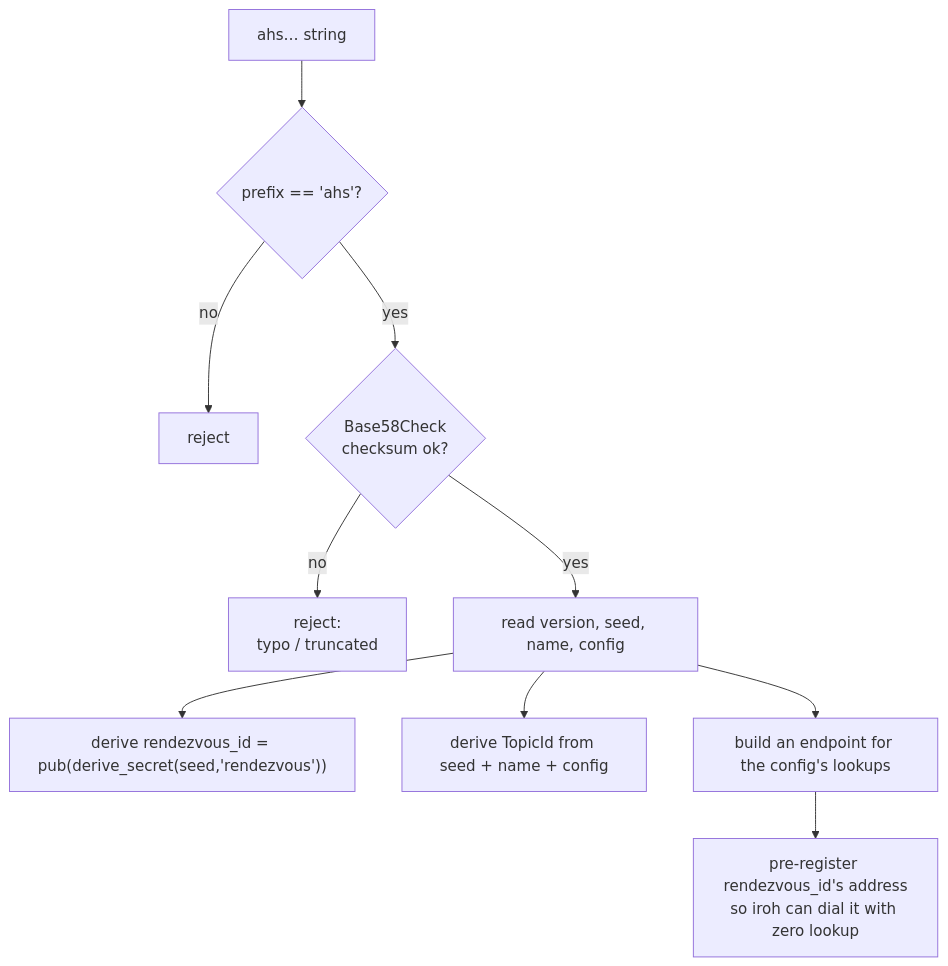
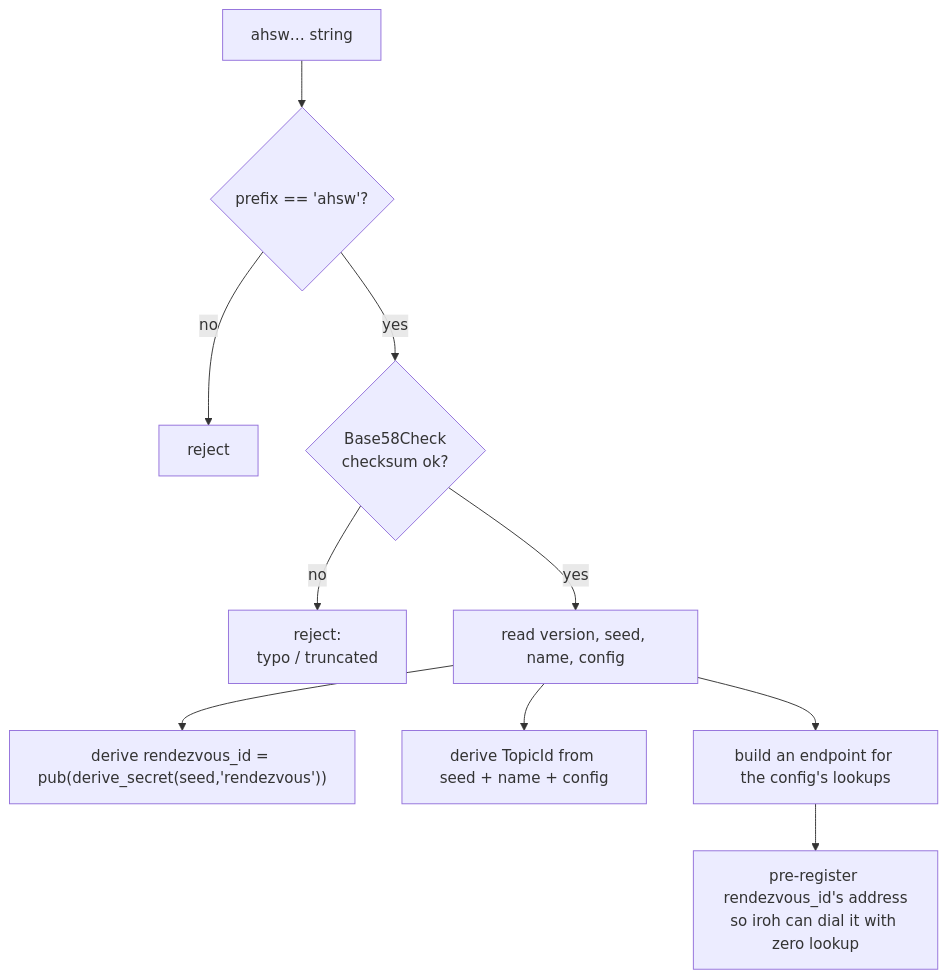
Before and after one commit to agent-habilis/agent-gossip: the second of 6 diagrams in docs/discovery.md, drawn with Mermaid. The commit also changed other lines of this file and 115 other files, not shown here.

First line of the commit message:
refactor: rename the ahs binary to ahsw

````diff
--- a/docs/discovery.md
+++ b/docs/discovery.md
@@ -97,13 +97,13 @@
 ```mermaid
 flowchart TB
-    S["ahs… string"]
-    S --> A{"prefix == 'ahs'?"}
+    S["ahsw… string"]
+    S --> A{"prefix == 'ahsw'?"}
     A -->|no| X1[reject]
     A -->|yes| B{"Base58Check<br/>checksum ok?"}
     B -->|no| X2["reject:<br/>typo / truncated"]
     B -->|yes| C["read version, seed, name, config"]
     C --> D["derive rendezvous_id = pub(derive_secret(seed,'rendezvous'))"]
     C --> E["derive TopicId from seed + name + config"]
     C --> F["build an endpoint for the config's lookups"]
     F --> G["pre-register rendezvous_id's address<br/>so iroh can dial it with zero lookup"]
 ```
````
